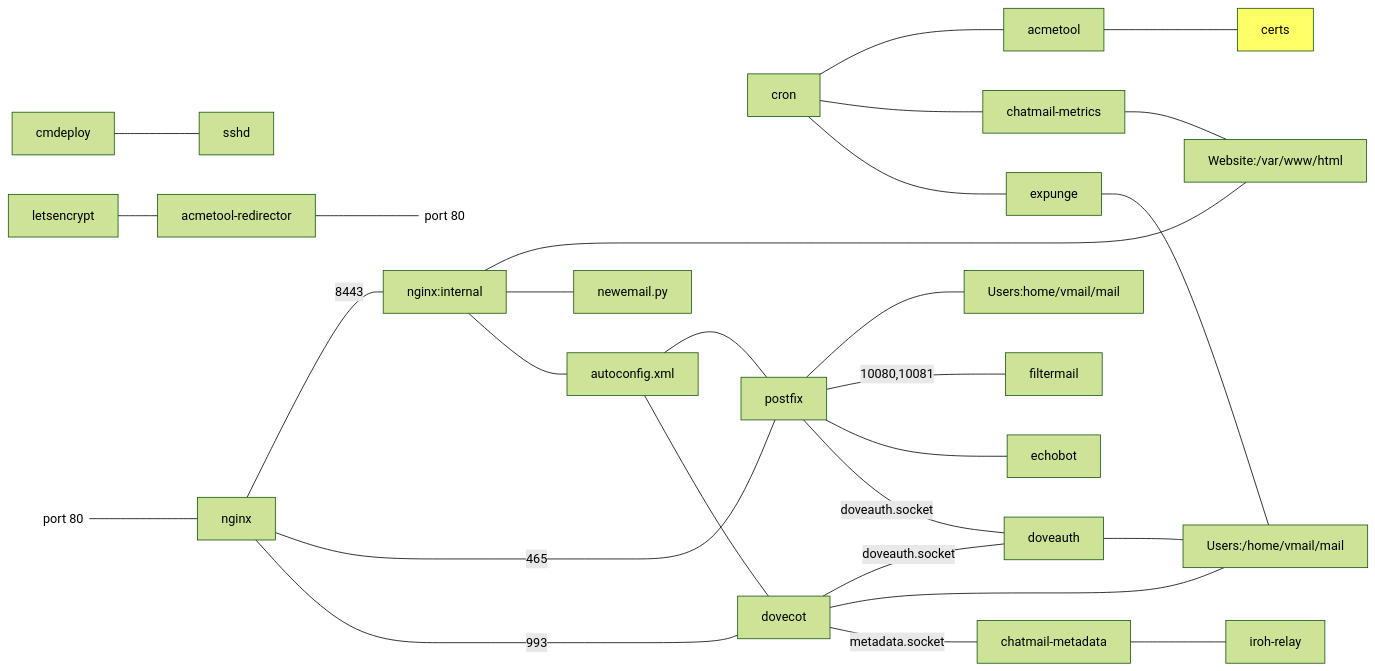
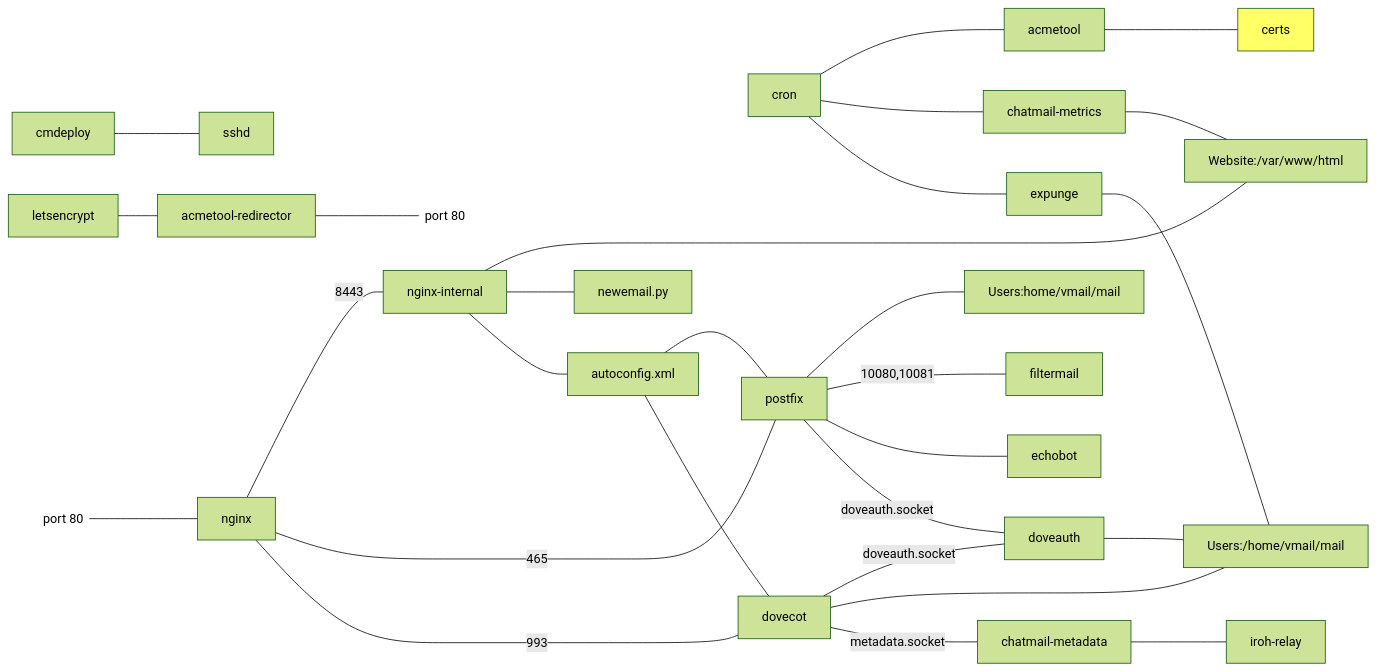
One commit to cliffmccarthy/chatmail-relay changed the diagram in ARCHITECTURE.md. Above: the diagram before and after it, drawn with Mermaid (forest theme).

Commit message:
rename node

````diff
--- a/ARCHITECTURE.md
+++ b/ARCHITECTURE.md
@@ -4,31 +4,31 @@
 ```mermaid
 graph LR;
     cmdeploy --- sshd;
     letsencrypt --- acmetool-redirector;
     acmetool-redirector --- port80r@{ shape: text, label: "port 80" };
     port80l@{ shape: text, label: "port 80" } --- nginx;
-    nginx --- |8443|nginx:internal;
-    nginx:internal --- Website:/var/www/html;
-    nginx:internal --- newemail.py;
-    nginx:internal --- autoconfig.xml;
+    nginx --- |8443|nginx-internal;
+    nginx-internal --- Website:/var/www/html;
+    nginx-internal --- newemail.py;
+    nginx-internal --- autoconfig.xml;
     cron --- acmetool;
     cron --- chatmail-metrics;
     cron --- expunge;
     chatmail-metrics --- Website:/var/www/html;
     acmetool --- certs;
     nginx --- |465|postfix;
     nginx --- |993|dovecot;
     autoconfig.xml --- postfix;
     autoconfig.xml --- dovecot;
     postfix --- Users:home/vmail/mail;
     postfix --- |10080,10081|filtermail;
     postfix --- echobot;
     postfix --- |doveauth.socket|doveauth;
     dovecot --- |doveauth.socket|doveauth;
     dovecot --- Users:/home/vmail/mail;
     dovecot --- |metadata.socket|chatmail-metadata;
     doveauth --- Users:/home/vmail/mail;
     expunge --- Users:/home/vmail/mail;
     chatmail-metadata --- iroh-relay;
     style certs fill:#ff6;
 ```
````
